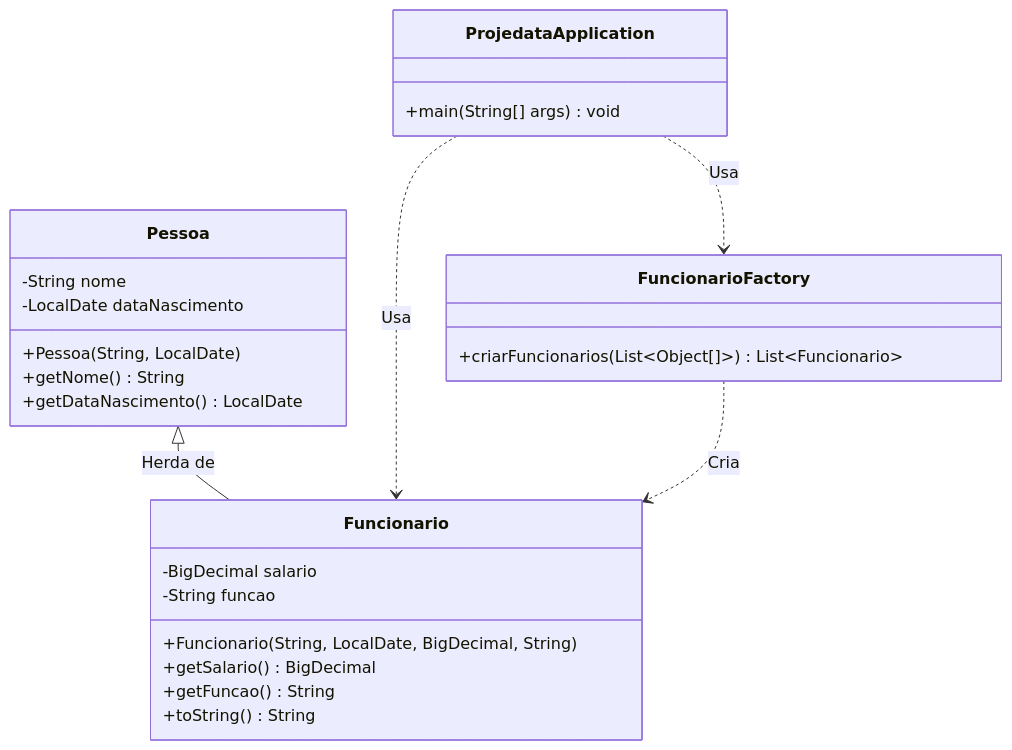
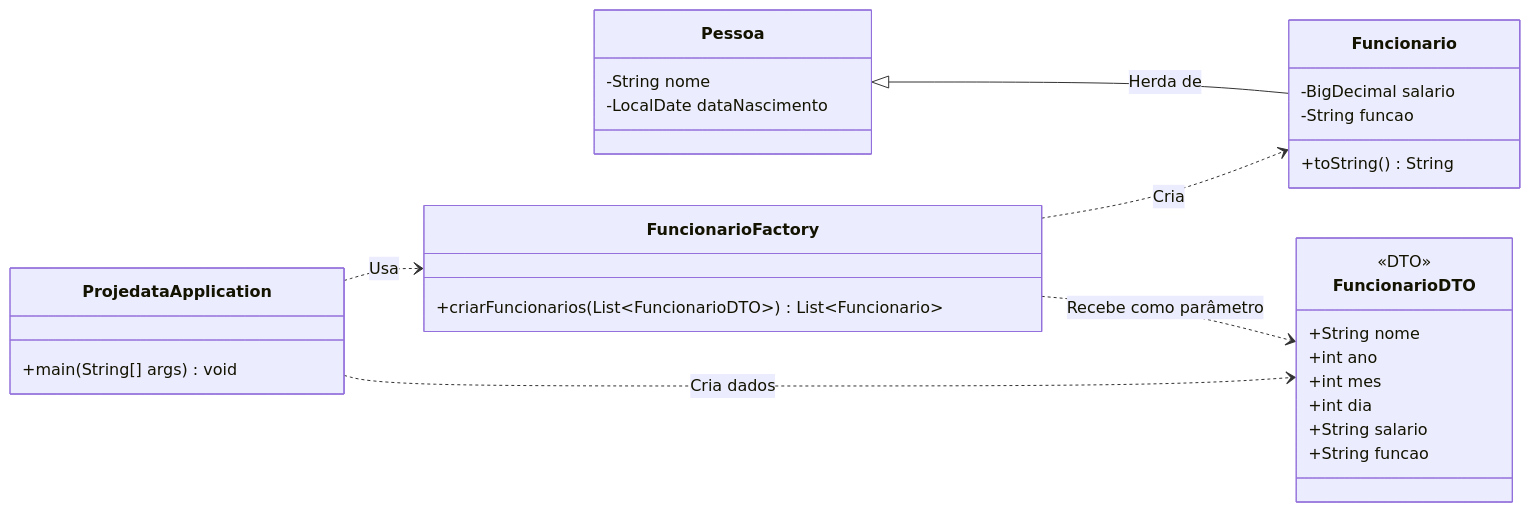
The diagram in README.md (ludson96/teste-pratico-projedata), drawn with Mermaid before and after one commit.

````diff
--- a/README.md
+++ b/README.md
@@ -22,32 +22,39 @@
 ```mermaid
 classDiagram
+    direction LR
+
+    class FuncionarioDTO {
+        <<DTO>>
+        +String nome
+        +int ano
+        +int mes
+        +int dia
+        +String salario
+        +String funcao
+    }
+
     class Pessoa {
         -String nome
         -LocalDate dataNascimento
-        +Pessoa(String, LocalDate)
-        +getNome() String
-        +getDataNascimento() LocalDate
     }
 
     class Funcionario {
         -BigDecimal salario
         -String funcao
-        +Funcionario(String, LocalDate, BigDecimal, String)
-        +getSalario() BigDecimal
-        +getFuncao() String
         +toString() String
     }
 
     class FuncionarioFactory {
-        +criarFuncionarios(List~Object[]~) List~Funcionario~
+        +criarFuncionarios(List~FuncionarioDTO~) List~Funcionario~
     }
 
     class ProjedataApplication {
         +main(String[] args) void
     }
 
     Pessoa <|-- Funcionario : Herda de
+    ProjedataApplication ..> FuncionarioDTO : Cria dados
     ProjedataApplication ..> FuncionarioFactory : Usa
-    ProjedataApplication ..> Funcionario : Usa
+    FuncionarioFactory ..> FuncionarioDTO : Recebe como parâmetro
     FuncionarioFactory ..> Funcionario : Cria
 ```
````
